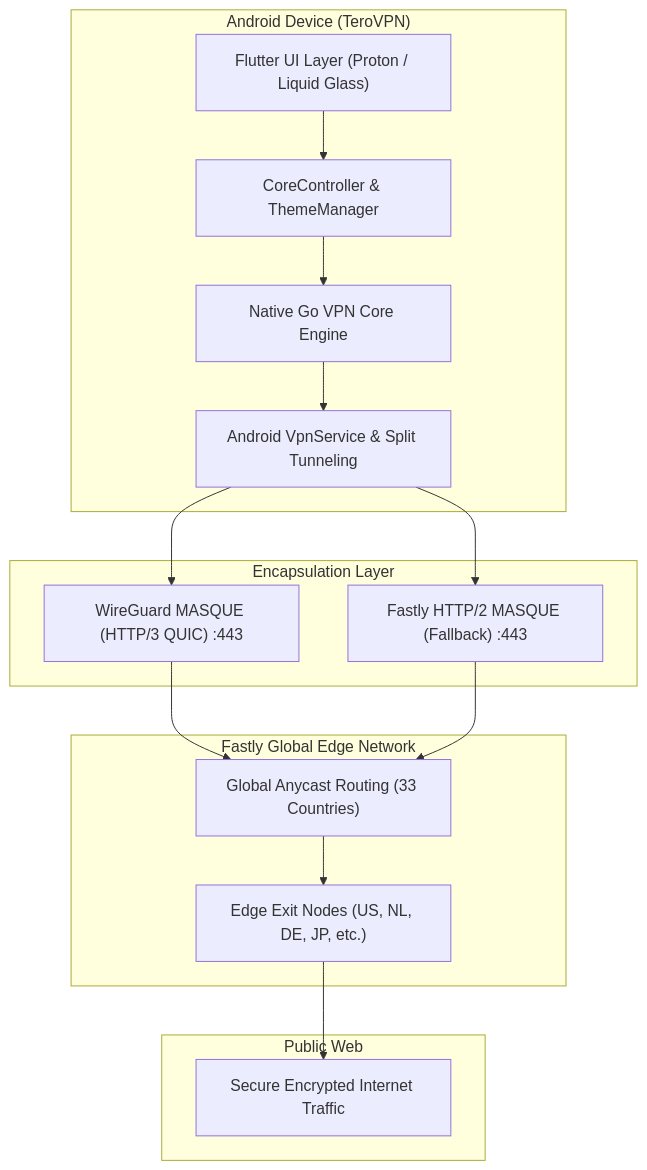
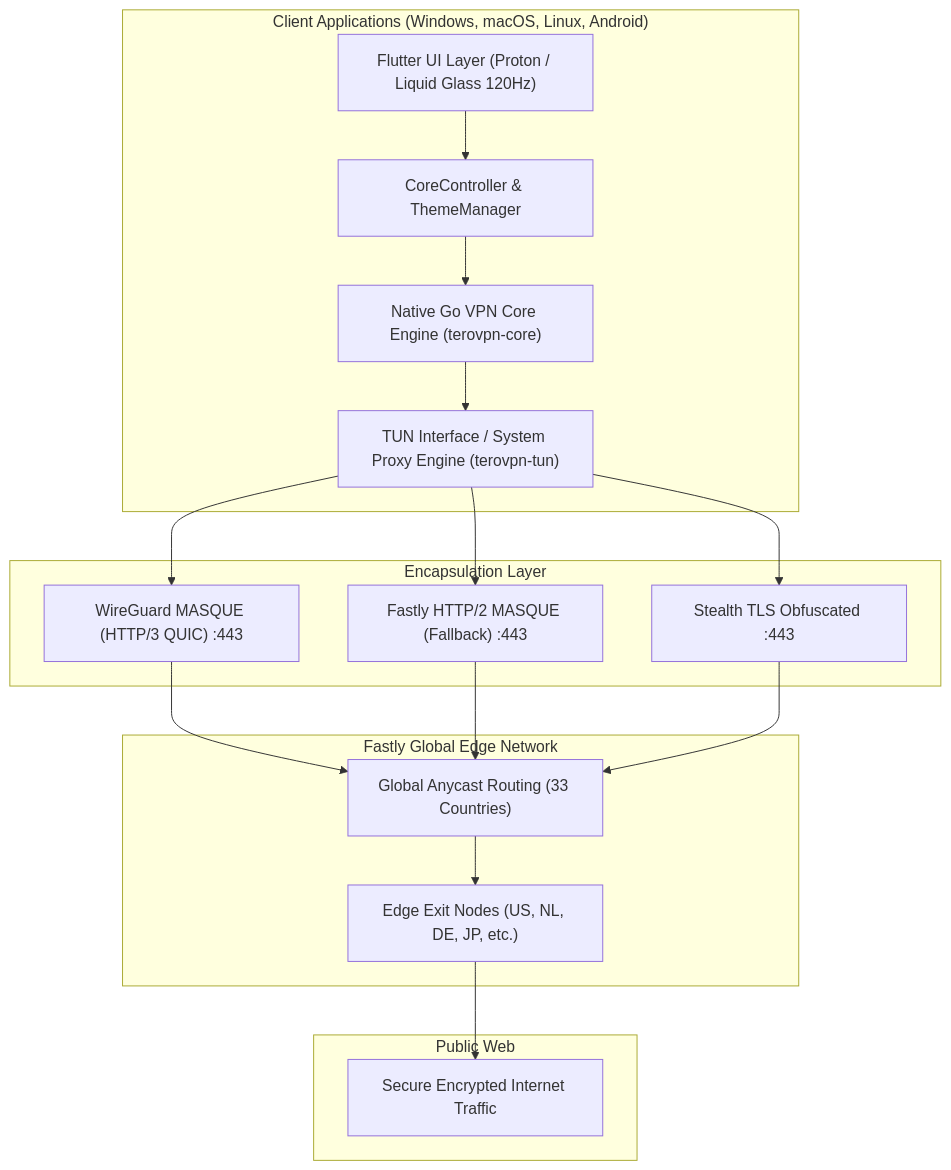
One commit to smartworldarafath/TeroVPN changed the diagram in README.md. Above: the diagram before and after it, drawn with Mermaid. The commit also changed other lines of this file and 7 other files, not shown here.

````diff
--- a/README.md
+++ b/README.md
@@ -95,33 +167,36 @@
 ```mermaid
 flowchart TD
-    subgraph Client["Android Device (TeroVPN)"]
-        UI["Flutter UI Layer (Proton / Liquid Glass)"]
+    subgraph Client["Client Applications (Windows, macOS, Linux, Android)"]
+        UI["Flutter UI Layer (Proton / Liquid Glass 120Hz)"]
         Controller["CoreController & ThemeManager"]
-        GoCore["Native Go VPN Core Engine"]
-        Split["Android VpnService & Split Tunneling"]
+        GoCore["Native Go VPN Core Engine (terovpn-core)"]
+        Tun["TUN Interface / System Proxy Engine (terovpn-tun)"]
     end
 
     subgraph Transport["Encapsulation Layer"]
         H3["WireGuard MASQUE (HTTP/3 QUIC) :443"]
         H2["Fastly HTTP/2 MASQUE (Fallback) :443"]
+        Stealth["Stealth TLS Obfuscated :443"]
     end
 
     subgraph Edge["Fastly Global Edge Network"]
         Anycast["Global Anycast Routing (33 Countries)"]
         ExitNodes["Edge Exit Nodes (US, NL, DE, JP, etc.)"]
     end
 
     subgraph Internet["Public Web"]
         Web["Secure Encrypted Internet Traffic"]
     end
 
     UI --> Controller
     Controller --> GoCore
-    GoCore --> Split
-    Split --> H3
-    Split --> H2
+    GoCore --> Tun
+    Tun --> H3
+    Tun --> H2
+    Tun --> Stealth
     H3 --> Anycast
     H2 --> Anycast
+    Stealth --> Anycast
     Anycast --> ExitNodes
     ExitNodes --> Web
 ```
````
